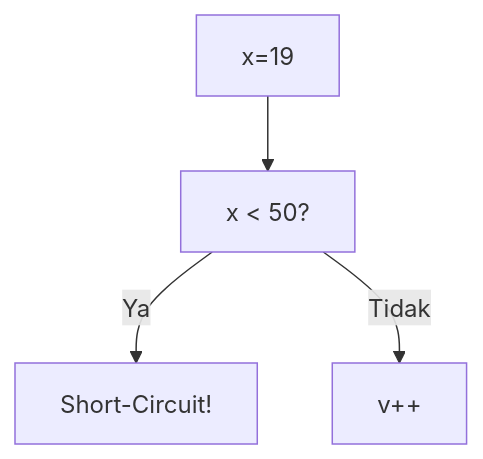
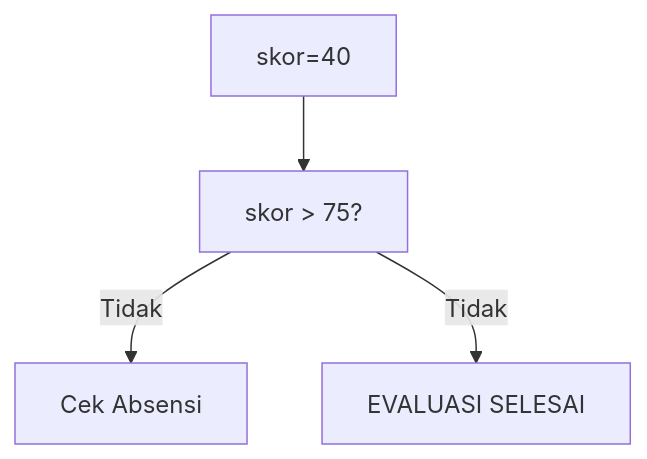
Before and after one commit to amnahwaida/OSNK_INF_PREP: diagram 11 of 25 in part-c-pemahaman-cpp/02-percabangan/latihan/set-05.md, drawn with Mermaid. The commit also changed other lines of this file and 71 other files, not shown here.

````diff
--- a/part-c-pemahaman-cpp/02-percabangan/latihan/set-05.md
+++ b/part-c-pemahaman-cpp/02-percabangan/latihan/set-05.md
@@ -304,6 +320,6 @@
 ```mermaid
 graph TD
-A["x=19"] --> B["x < 50?"]
-B -- Ya --> C["Short-Circuit!"]
-B -- Tidak --> D["v++"]
+A["skor=40"] --> B["skor > 75?"]
+B -- Tidak --> C["Cek Absensi"]
+B -- Tidak --> D["EVALUASI SELESAI"]
 ```
````
